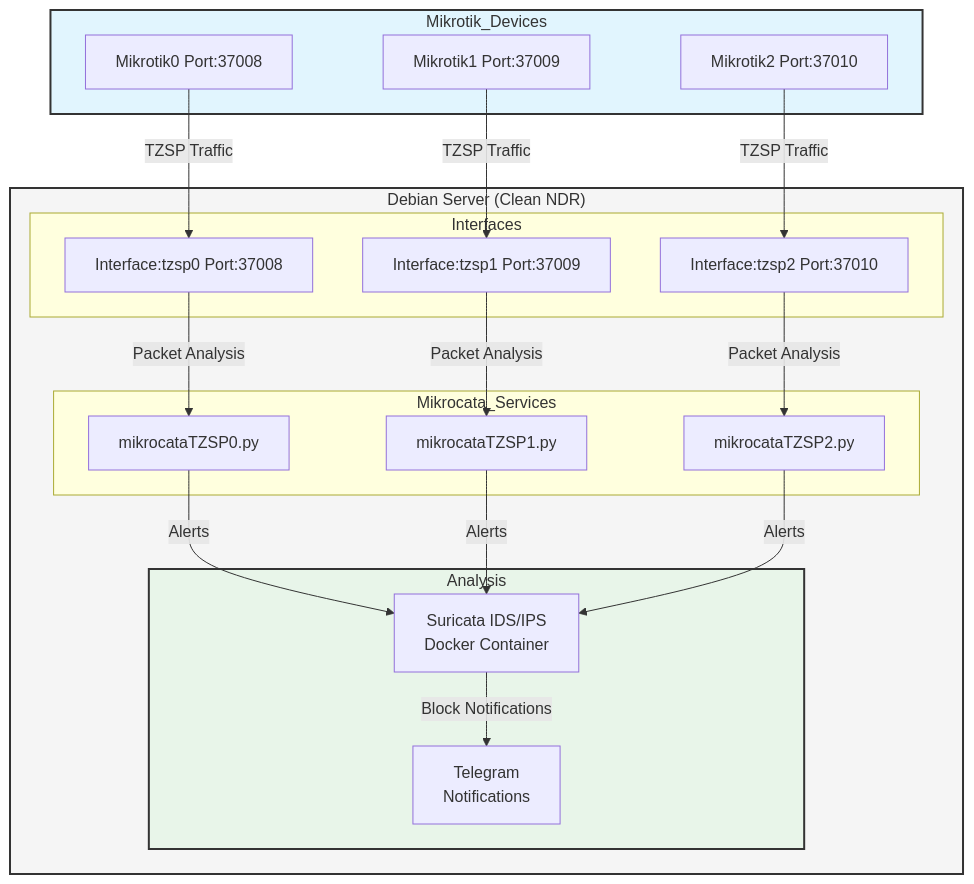
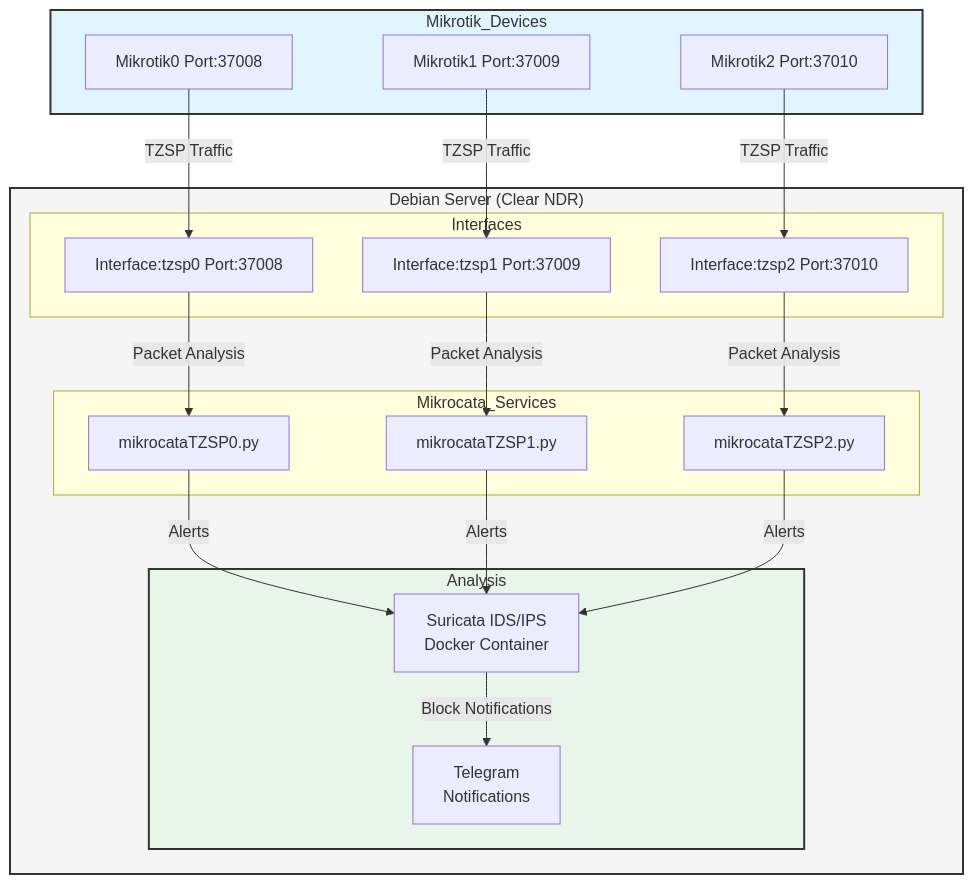
Before and after one commit to angolo40/mikrocata2selks: the second of 2 diagrams in README.md, drawn with Mermaid. The commit also changed other lines of this file and 4 other files, not shown here.

First line of the commit message:
v4.0.1: correct the Clear NDR name and update the version badge

````diff
--- a/README.md
+++ b/README.md
@@ -147,45 +147,45 @@
 ```mermaid
 flowchart TD
     subgraph Mikrotik_Devices
         M0[Mikrotik0 Port:37008]
         M1[Mikrotik1 Port:37009]
         M2[Mikrotik2 Port:37010]
     end
 
-    subgraph Debian_Server ["Debian Server (Clean NDR)"]
+    subgraph Debian_Server ["Debian Server (Clear NDR)"]
         subgraph Interfaces
             I0[Interface:tzsp0 Port:37008]
             I1[Interface:tzsp1 Port:37009]
             I2[Interface:tzsp2 Port:37010]
         end
 
         subgraph Mikrocata_Services
             S0[mikrocataTZSP0.py]
             S1[mikrocataTZSP1.py]
             S2[mikrocataTZSP2.py]
         end
 
         subgraph Analysis
             suricata[Suricata IDS/IPS\nDocker Container]
             telegram[Telegram\nNotifications]
         end
     end
 
     M0 -->|TZSP Traffic| I0
     M1 -->|TZSP Traffic| I1
     M2 -->|TZSP Traffic| I2
 
     I0 -->|Packet Analysis| S0
     I1 -->|Packet Analysis| S1
     I2 -->|Packet Analysis| S2
 
     S0 -->|Alerts| suricata
     S1 -->|Alerts| suricata
     S2 -->|Alerts| suricata
 
     suricata -->|Block Notifications| telegram
     
     style Debian_Server fill:#f5f5f5,stroke:#333,stroke-width:2px
     style Mikrotik_Devices fill:#e1f5fe,stroke:#333,stroke-width:2px
     style Analysis fill:#e8f5e9,stroke:#333,stroke-width:2px
 ```
````
